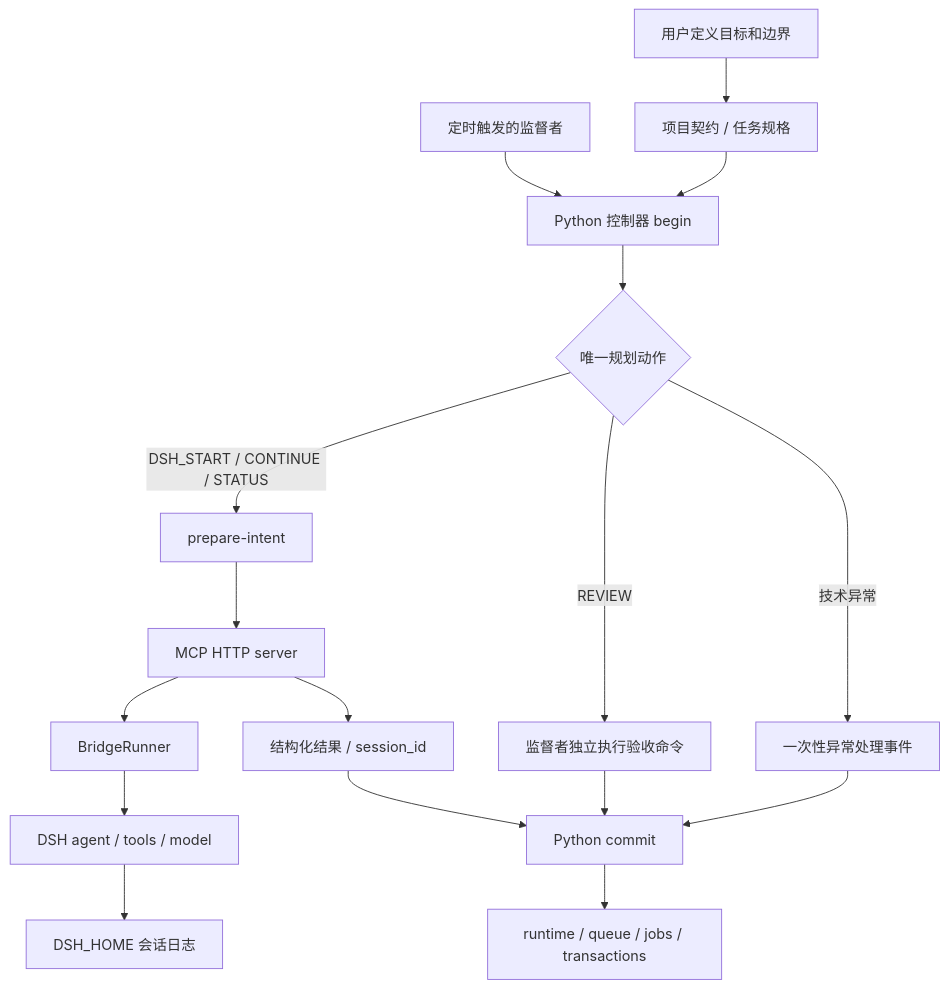
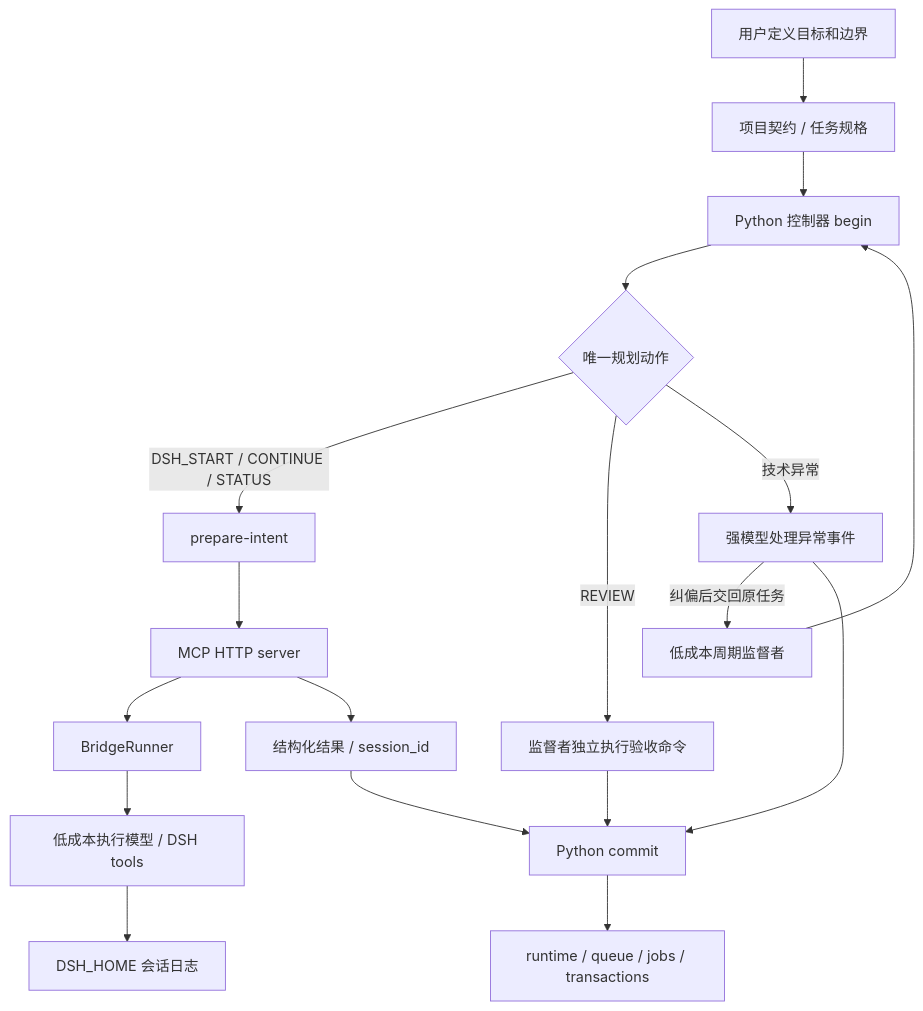
Before and after one commit to 4xixixi/longtime: the diagram in docs/architecture.md, drawn with Mermaid. The commit also changed other lines of this file and 3 other files, not shown here.

````diff
--- a/docs/architecture.md
+++ b/docs/architecture.md
@@ -5,19 +20,20 @@
 ```mermaid
 flowchart TD
   U[用户定义目标和边界] --> C[项目契约 / 任务规格]
-  S[定时触发的监督者] --> P[Python 控制器 begin]
+  S[低成本周期监督者] --> P[Python 控制器 begin]
   C --> P
   P --> A{唯一规划动作}
   A -->|DSH_START / CONTINUE / STATUS| I[prepare-intent]
   I --> M[MCP HTTP server]
   M --> B[BridgeRunner]
-  B --> D[DSH agent / tools / model]
+  B --> D[低成本执行模型 / DSH tools]
   D --> H[DSH_HOME 会话日志]
   M --> R[结构化结果 / session_id]
   A -->|REVIEW| V[监督者独立执行验收命令]
-  A -->|技术异常| E[一次性异常处理事件]
+  A -->|技术异常| E[强模型处理异常事件]
+  E -->|纠偏后交回原任务| S
   R --> T[Python commit]
   V --> T
   E --> T
   T --> F[runtime / queue / jobs / transactions]
 ```
````
